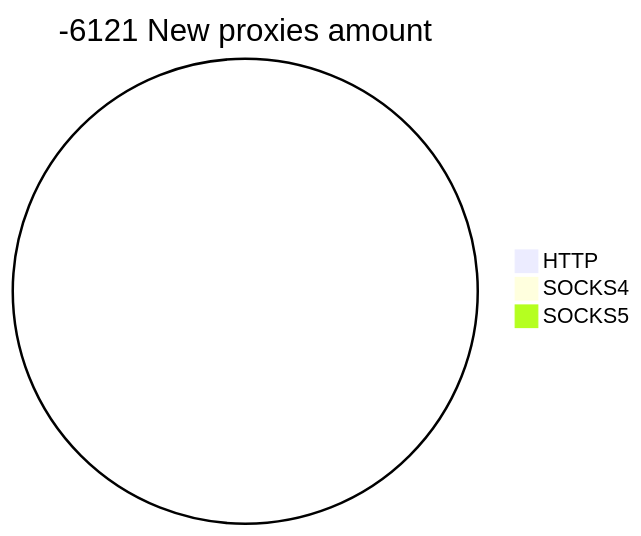
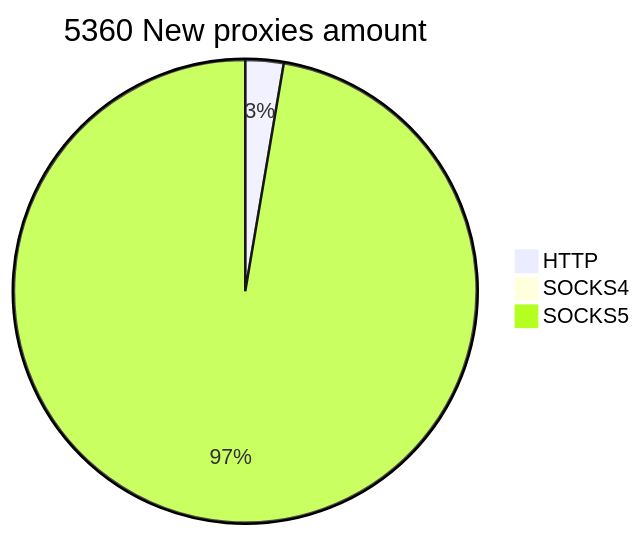
One commit to cutipu/proxylist changed the second of 2 diagrams in README.md. Above: the diagram before and after it, drawn with Mermaid. The commit also changed other lines of this file, not shown here.

````diff
--- a/README.md
+++ b/README.md
@@ -10,6 +10,6 @@
 ```mermaid
-pie title -6121 New proxies amount
-    "HTTP" : 0
+pie title 5360 New proxies amount
+    "HTTP" : 144
     "SOCKS4" : 0
-    "SOCKS5" : 0
+    "SOCKS5" : 5255
 ```
````
